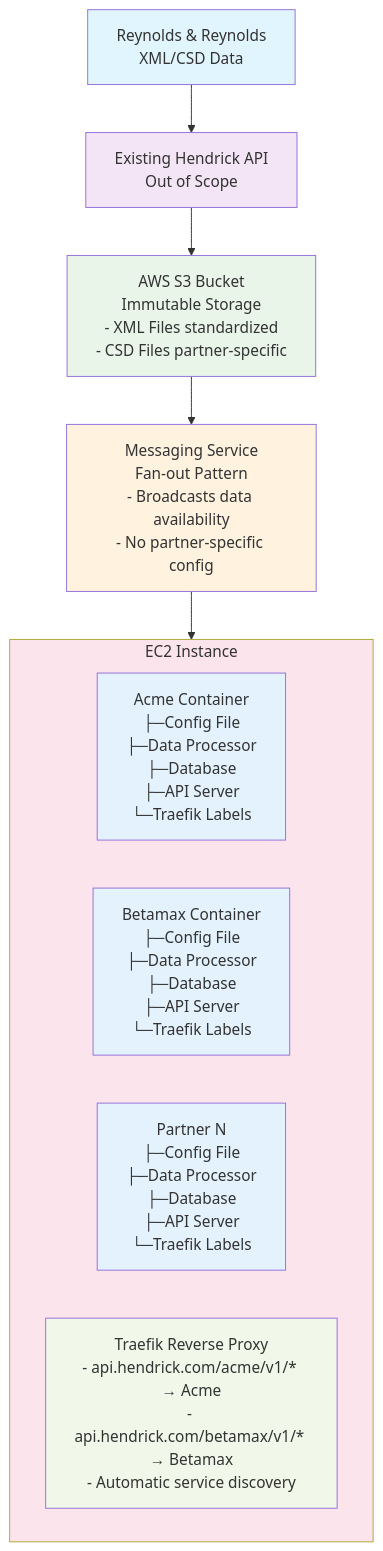
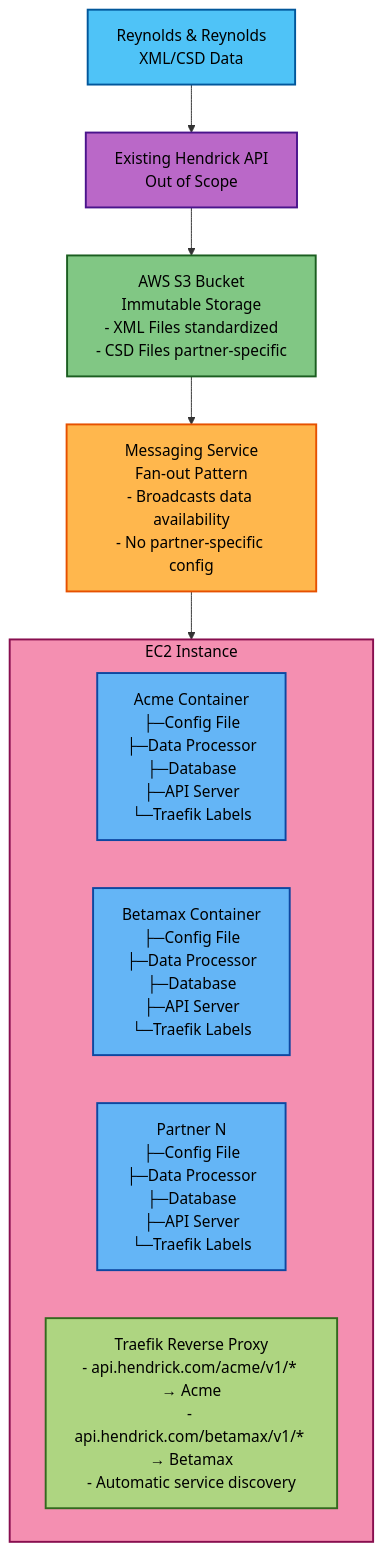
The first of 4 diagrams in TECHNICAL_PLANNING.md (Hendrick/hendrick-data-api), drawn with Mermaid before and after one commit. The commit also changed other lines of this file, not shown here.

First line of the commit message:
Improve Mermaid diagram colors for better GitHub visibility

````diff
--- a/TECHNICAL_PLANNING.md
+++ b/TECHNICAL_PLANNING.md
@@ -117,24 +117,24 @@
 ```mermaid
 flowchart TD
     A[Reynolds & Reynolds<br/>XML/CSD Data] --> B[Existing Hendrick API<br/>Out of Scope]
     B --> C[AWS S3 Bucket<br/>Immutable Storage<br/>- XML Files standardized<br/>- CSD Files partner-specific]
     C --> D[Messaging Service<br/>Fan-out Pattern<br/>- Broadcasts data availability<br/>- No partner-specific config]
     D --> E[EC2 Instance Docker + Traefik]
     
     subgraph E[EC2 Instance]
         F[Acme Container<br/>├─Config File<br/>├─Data Processor<br/>├─Database<br/>├─API Server<br/>└─Traefik Labels]
         G[Betamax Container<br/>├─Config File<br/>├─Data Processor<br/>├─Database<br/>├─API Server<br/>└─Traefik Labels]
         H[Partner N<br/>├─Config File<br/>├─Data Processor<br/>├─Database<br/>├─API Server<br/>└─Traefik Labels]
         I[Traefik Reverse Proxy<br/>- api.hendrick.com/acme/v1/* → Acme<br/>- api.hendrick.com/betamax/v1/* → Betamax<br/>- Automatic service discovery]
     end
     
-    style A fill:#e1f5fe
-    style B fill:#f3e5f5
-    style C fill:#e8f5e8
-    style D fill:#fff3e0
-    style E fill:#fce4ec
-    style F fill:#e3f2fd
-    style G fill:#e3f2fd
-    style H fill:#e3f2fd
-    style I fill:#f1f8e9
+    style A fill:#4fc3f7,stroke:#01579b,stroke-width:2px,color:#000
+    style B fill:#ba68c8,stroke:#4a148c,stroke-width:2px,color:#000
+    style C fill:#81c784,stroke:#1b5e20,stroke-width:2px,color:#000
+    style D fill:#ffb74d,stroke:#e65100,stroke-width:2px,color:#000
+    style E fill:#f48fb1,stroke:#880e4f,stroke-width:2px,color:#000
+    style F fill:#64b5f6,stroke:#0d47a1,stroke-width:2px,color:#000
+    style G fill:#64b5f6,stroke:#0d47a1,stroke-width:2px,color:#000
+    style H fill:#64b5f6,stroke:#0d47a1,stroke-width:2px,color:#000
+    style I fill:#aed581,stroke:#33691e,stroke-width:2px,color:#000
 ```
````
